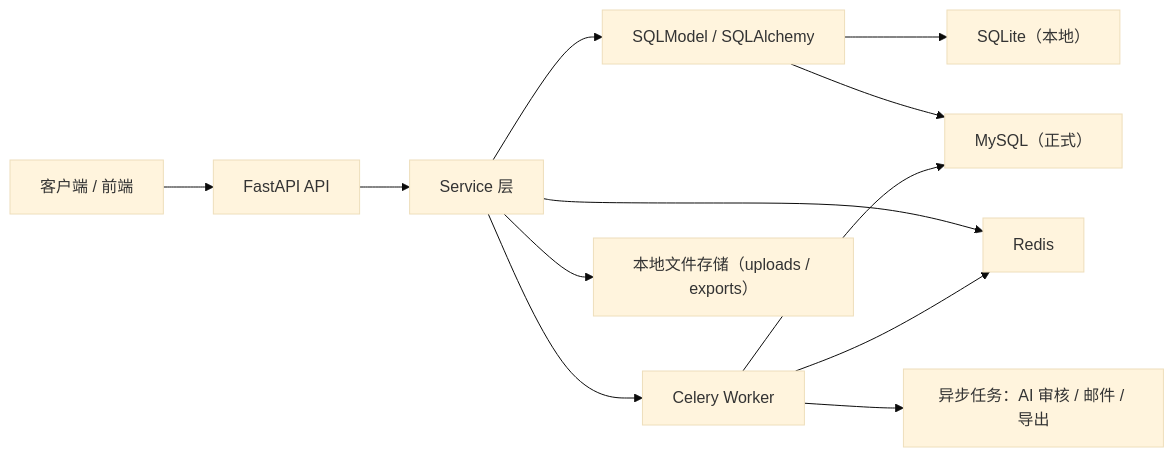
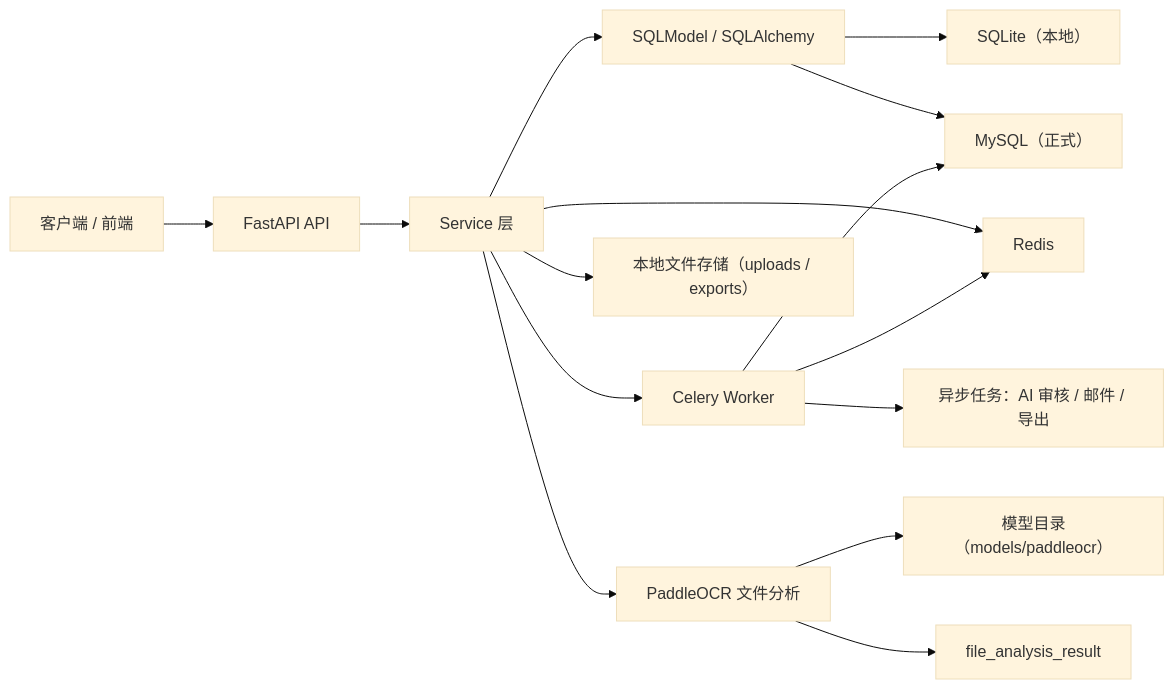
One commit to DarkStars1922/zcpt changed the diagram in docs/综测平台基本架构.md. Above: the diagram before and after it, drawn with Mermaid (base theme). The commit also changed other lines of this file and 37 other files, not shown here.

````diff
--- a/docs/综测平台基本架构.md
+++ b/docs/综测平台基本架构.md
@@ -13,14 +13,17 @@
 ```mermaid
 flowchart LR
     A["客户端 / 前端"] --> B["FastAPI API"]
     B --> C["Service 层"]
     C --> D["SQLModel / SQLAlchemy"]
     D --> E["SQLite（本地）"]
     D --> F["MySQL（正式）"]
     C --> G["Redis"]
     C --> H["Celery Worker"]
     H --> G
     H --> F
     H --> I["异步任务：AI 审核 / 邮件 / 导出"]
     C --> J["本地文件存储（uploads / exports）"]
+    C --> K["PaddleOCR 文件分析"]
+    K --> L["模型目录（models/paddleocr）"]
+    K --> M["file_analysis_result"]
 ```
````
